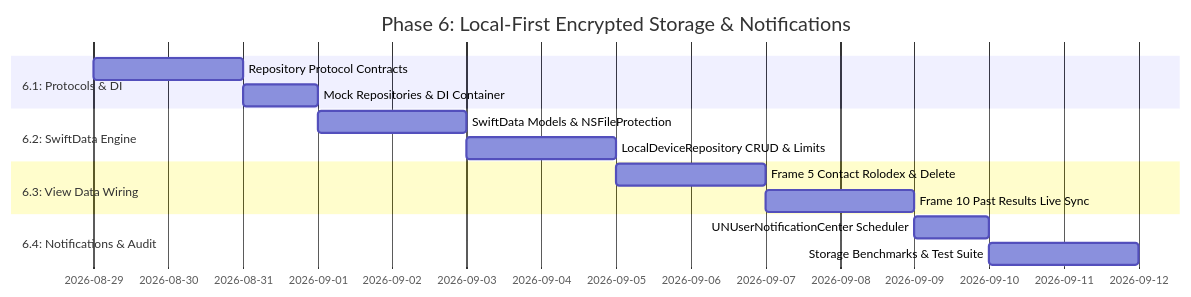
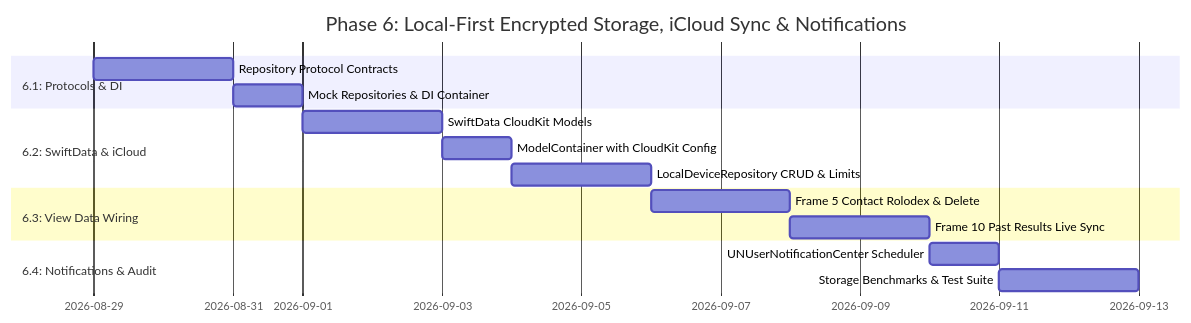
One commit to kaushalbalagurusamy/care-app changed the diagram in docs/adr/0007-user-accounts-auth-and-cloud-persistence.md. Above: the diagram before and after it, drawn with Mermaid. The commit also changed other lines of this file and 2 other files, not shown here.

Commit message:
docs(adr): update ADR 0007 to include Apple CloudKit Private E2EE synchronization

````diff
--- a/docs/adr/0007-user-accounts-auth-and-cloud-persistence.md
+++ b/docs/adr/0007-user-accounts-auth-and-cloud-persistence.md
@@ -246,17 +305,18 @@
 ```mermaid
 gantt
-    title Phase 6: Local-First Encrypted Storage & Notifications
+    title Phase 6: Local-First Encrypted Storage, iCloud Sync & Notifications
     dateFormat  YYYY-MM-DD
     section 6.1: Protocols & DI
     Repository Protocol Contracts       :p61, 2026-08-29, 2d
     Mock Repositories & DI Container    :p62, after p61, 1d
-    section 6.2: SwiftData Engine
-    SwiftData Models & NSFileProtection :p63, after p62, 2d
-    LocalDeviceRepository CRUD & Limits :p64, after p63, 2d
+    section 6.2: SwiftData & iCloud
+    SwiftData CloudKit Models           :p63, after p62, 2d
+    ModelContainer with CloudKit Config :p64, after p63, 1d
+    LocalDeviceRepository CRUD & Limits :p65, after p64, 2d
     section 6.3: View Data Wiring
-    Frame 5 Contact Rolodex & Delete    :p65, after p64, 2d
-    Frame 10 Past Results Live Sync     :p66, after p65, 2d
+    Frame 5 Contact Rolodex & Delete    :p66, after p65, 2d
+    Frame 10 Past Results Live Sync     :p67, after p66, 2d
     section 6.4: Notifications & Audit
-    UNUserNotificationCenter Scheduler  :p67, after p66, 1d
-    Storage Benchmarks & Test Suite     :p68, after p67, 2d
+    UNUserNotificationCenter Scheduler  :p68, after p67, 1d
+    Storage Benchmarks & Test Suite     :p69, after p68, 2d
 ```
````
